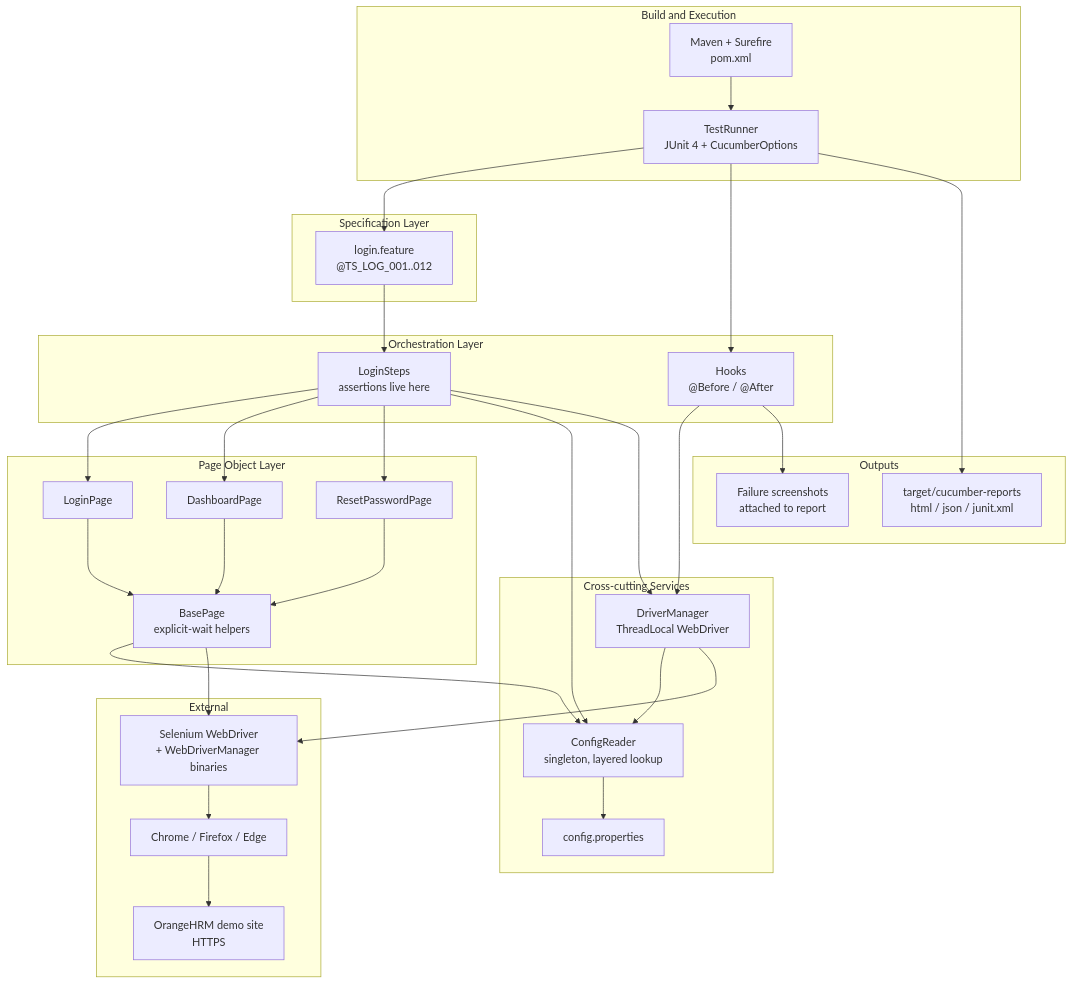
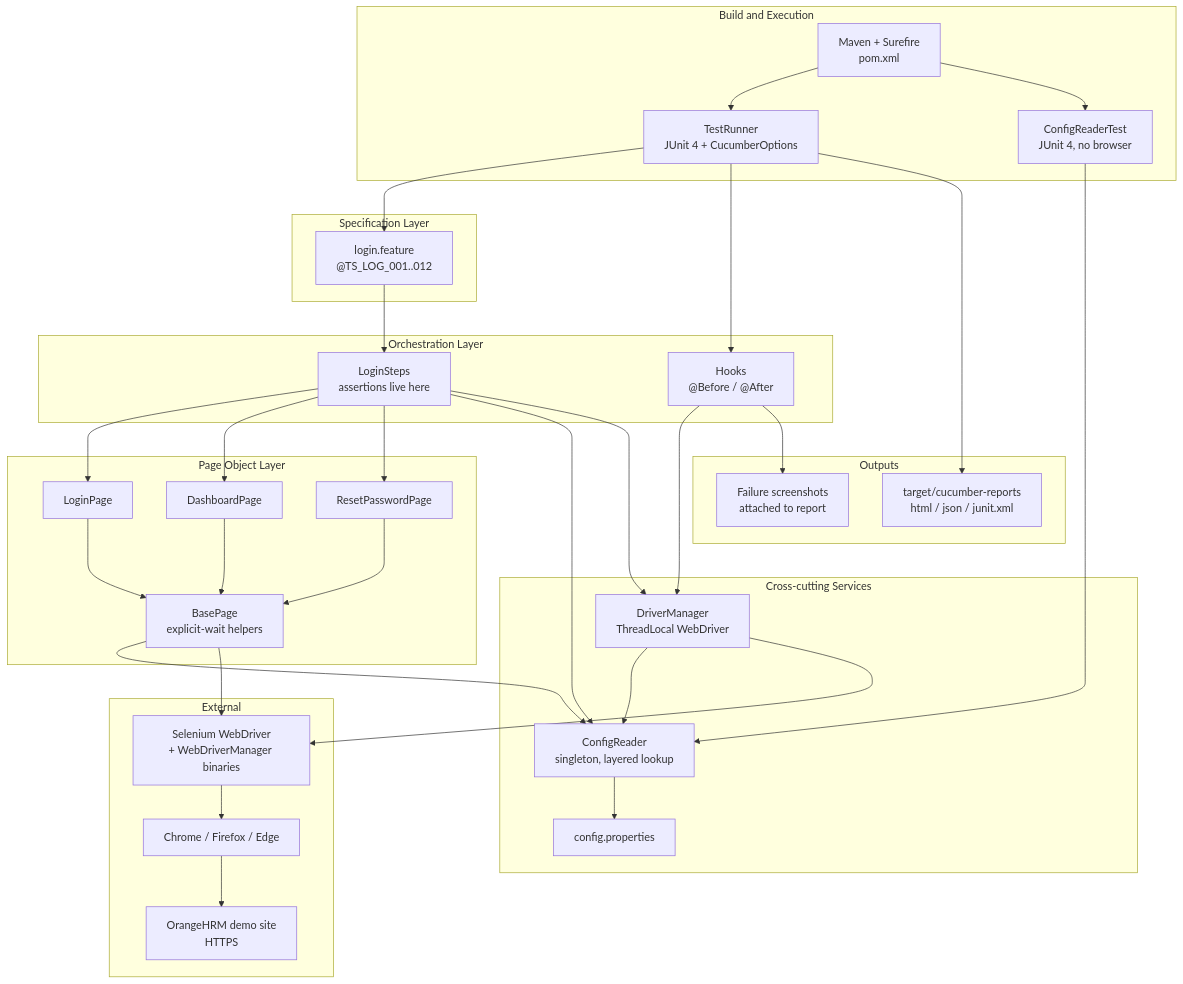
One commit to guptarame/orangehrm-selenium-cucumber-framework changed the first of 3 diagrams in artifacts/architecture.md. Above: the diagram before and after it, drawn with Mermaid. The commit also changed other lines of this file, not shown here.

First line of the commit message:
docs: define architecture for US-AUTH-002 login authentication

````diff
--- a/artifacts/architecture.md
+++ b/artifacts/architecture.md
@@ -69,63 +81,66 @@
 ```mermaid
 graph TD
     subgraph Build["Build and Execution"]
         MVN["Maven + Surefire<br/>pom.xml"]
         RUN["TestRunner<br/>JUnit 4 + CucumberOptions"]
+        UT["ConfigReaderTest<br/>JUnit 4, no browser"]
     end
 
     subgraph Spec["Specification Layer"]
         FEAT["login.feature<br/>@TS_LOG_001..012"]
     end
 
     subgraph Orchestration["Orchestration Layer"]
         HOOKS["Hooks<br/>@Before / @After"]
         STEPS["LoginSteps<br/>assertions live here"]
     end
 
     subgraph POM["Page Object Layer"]
         BASE["BasePage<br/>explicit-wait helpers"]
         LOGIN["LoginPage"]
         DASH["DashboardPage"]
         RESET["ResetPasswordPage"]
     end
 
     subgraph Services["Cross-cutting Services"]
         DRIVER["DriverManager<br/>ThreadLocal WebDriver"]
         CONFIG["ConfigReader<br/>singleton, layered lookup"]
         PROPS["config.properties"]
     end
 
     subgraph External["External"]
         WD["Selenium WebDriver<br/>+ WebDriverManager binaries"]
         BROWSER["Chrome / Firefox / Edge"]
         AUT["OrangeHRM demo site<br/>HTTPS"]
     end
 
     subgraph Out["Outputs"]
         REP["target/cucumber-reports<br/>html / json / junit.xml"]
         SHOT["Failure screenshots<br/>attached to report"]
     end
 
     MVN --> RUN
+    MVN --> UT
+    UT --> CONFIG
     RUN --> FEAT
     RUN --> HOOKS
     FEAT --> STEPS
     HOOKS --> DRIVER
     HOOKS --> SHOT
     STEPS --> LOGIN
     STEPS --> DASH
     STEPS --> RESET
     STEPS --> CONFIG
     STEPS --> DRIVER
     LOGIN --> BASE
     DASH --> BASE
     RESET --> BASE
     BASE --> CONFIG
     BASE --> WD
     DRIVER --> CONFIG
     DRIVER --> WD
     CONFIG --> PROPS
     WD --> BROWSER
     BROWSER --> AUT
     RUN --> REP
 ```
````
